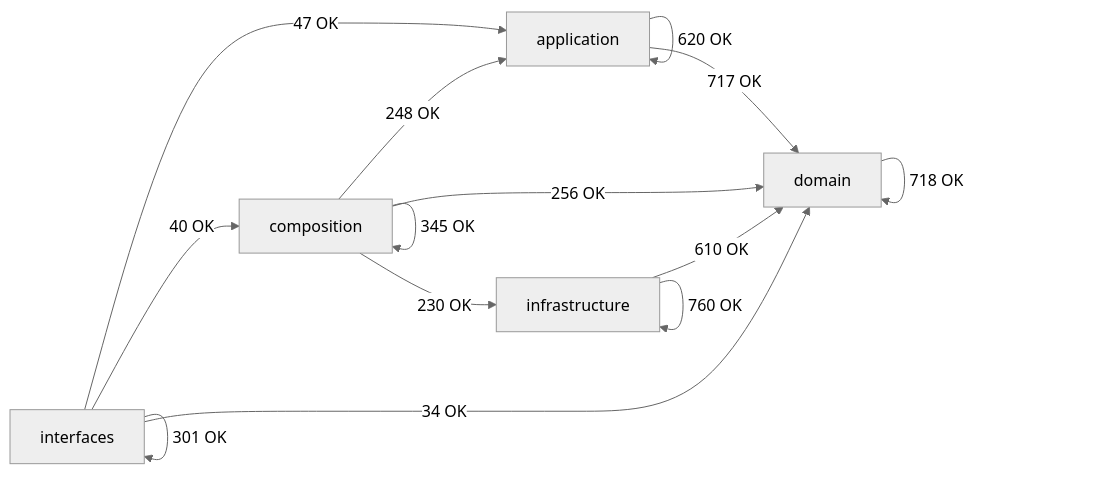
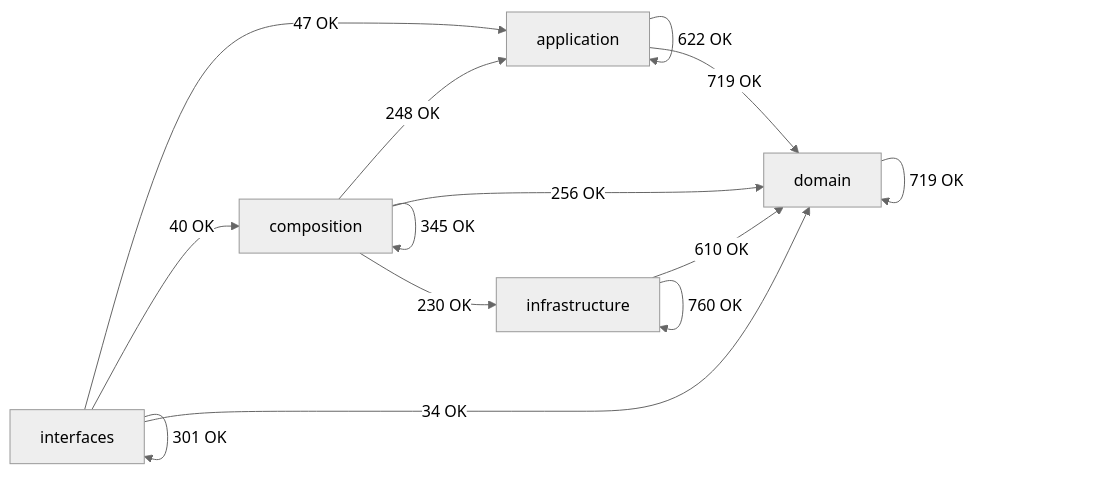
One commit to SatoryKono/BioactivityDataAcquisition changed the diagram in docs/02-architecture/generated/module-dependency-map.md. Above: the diagram before and after it, drawn with Mermaid (neutral theme). The commit also changed other lines of this file and 11 other files, not shown here.

````diff
--- a/docs/02-architecture/generated/module-dependency-map.md
+++ b/docs/02-architecture/generated/module-dependency-map.md
@@ -17,21 +17,21 @@
 ```mermaid
 flowchart LR
     domain[domain]
     application[application]
     infrastructure[infrastructure]
     composition[composition]
     interfaces[interfaces]
-    application -->|620 OK| application
-    application -->|717 OK| domain
+    application -->|622 OK| application
+    application -->|719 OK| domain
     composition -->|248 OK| application
     composition -->|345 OK| composition
     composition -->|256 OK| domain
     composition -->|230 OK| infrastructure
-    domain -->|718 OK| domain
+    domain -->|719 OK| domain
     infrastructure -->|610 OK| domain
     infrastructure -->|760 OK| infrastructure
     interfaces -->|47 OK| application
     interfaces -->|40 OK| composition
     interfaces -->|34 OK| domain
     interfaces -->|301 OK| interfaces
 ```
````
